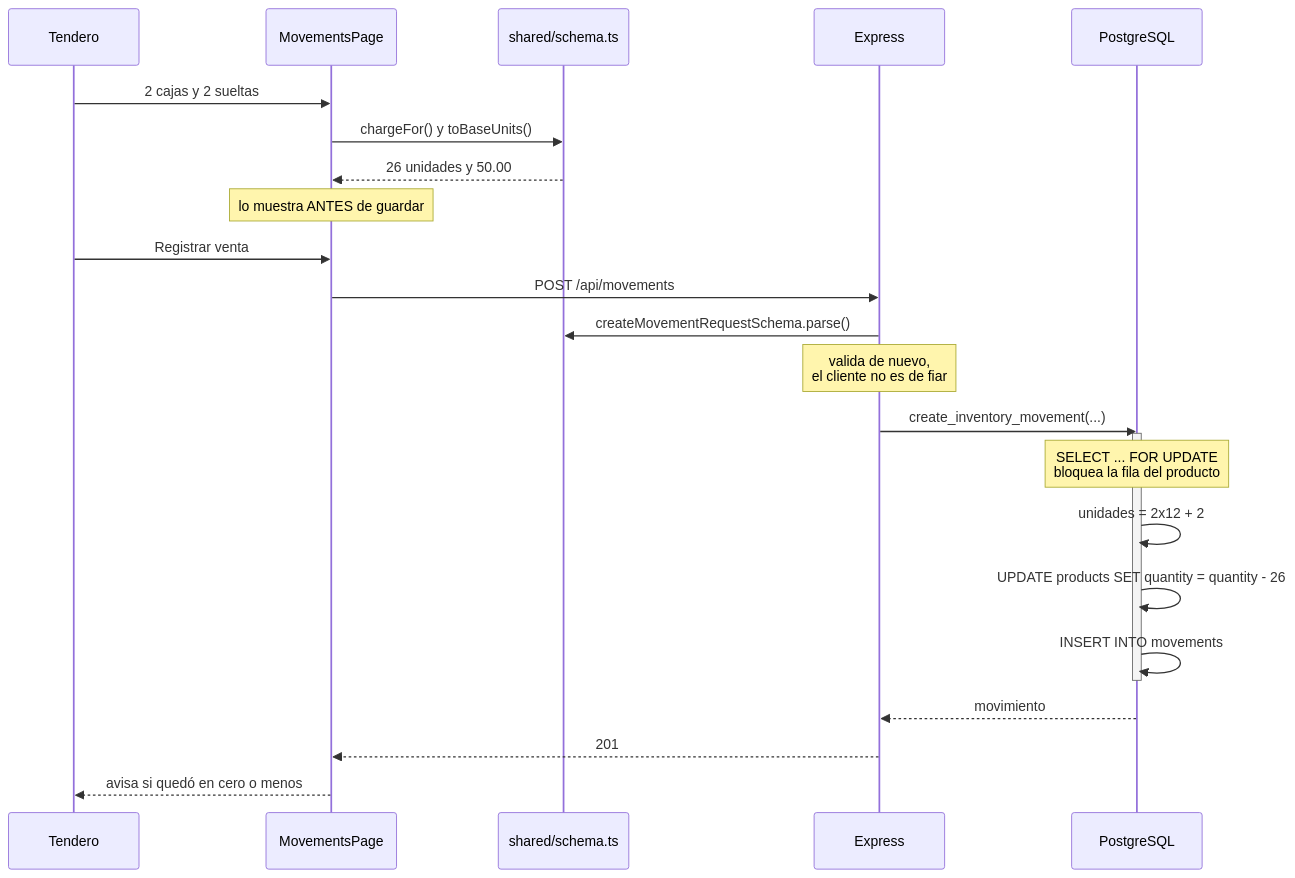
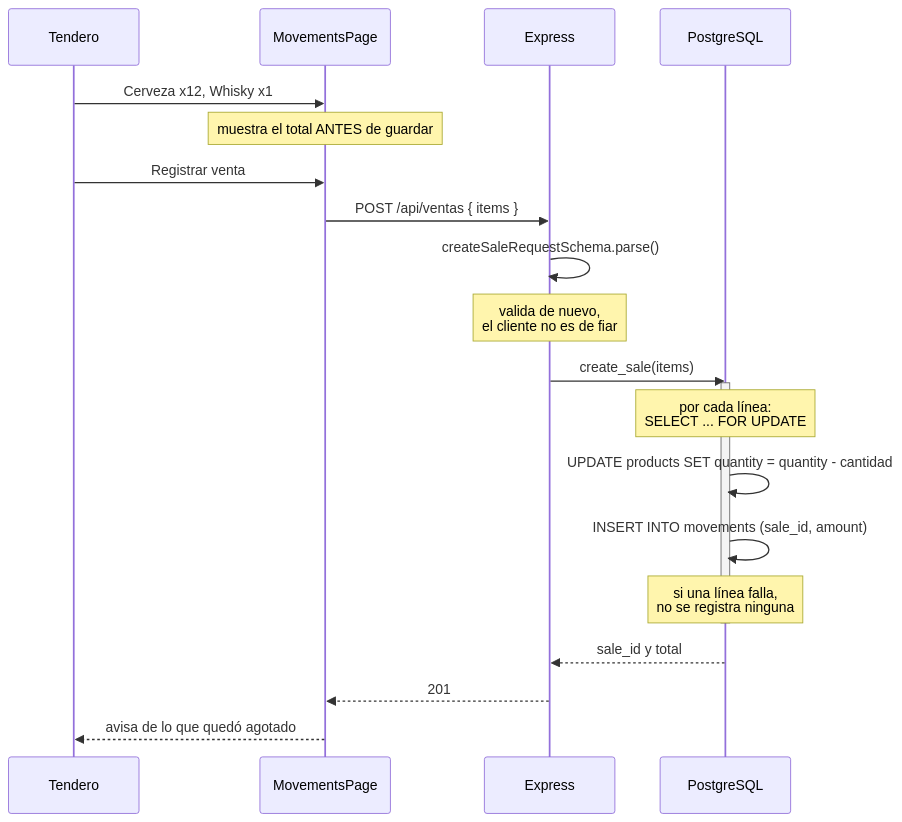
The fourth of 6 diagrams in README.md (Angel17jc/Inventario), drawn with Mermaid before and after one commit. The commit also changed other lines of this file and 2 other files, not shown here.

````diff
--- a/README.md
+++ b/README.md
@@ -324,27 +314,24 @@
 ```mermaid
 sequenceDiagram
     participant U as Tendero
     participant F as MovementsPage
-    participant S as shared/schema.ts
     participant A as Express
     participant D as PostgreSQL
 
-    U->>F: 2 cajas y 2 sueltas
-    F->>S: chargeFor() y toBaseUnits()
-    S-->>F: 26 unidades y 50.00
-    Note over F: lo muestra ANTES de guardar
+    U->>F: Cerveza x12, Whisky x1
+    Note over F: muestra el total ANTES de guardar
     U->>F: Registrar venta
-    F->>A: POST /api/movements
-    A->>S: createMovementRequestSchema.parse()
+    F->>A: POST /api/ventas { items }
+    A->>A: createSaleRequestSchema.parse()
     Note over A: valida de nuevo,<br/>el cliente no es de fiar
-    A->>D: create_inventory_movement(...)
+    A->>D: create_sale(items)
     activate D
-    Note over D: SELECT ... FOR UPDATE<br/>bloquea la fila del producto
-    D->>D: unidades = 2x12 + 2
-    D->>D: UPDATE products SET quantity = quantity - 26
-    D->>D: INSERT INTO movements
+    Note over D: por cada línea:<br/>SELECT ... FOR UPDATE
+    D->>D: UPDATE products SET quantity = quantity - cantidad
+    D->>D: INSERT INTO movements (sale_id, amount)
+    Note over D: si una línea falla,<br/>no se registra ninguna
     deactivate D
-    D-->>A: movimiento
+    D-->>A: sale_id y total
     A-->>F: 201
-    F-->>U: avisa si quedó en cero o menos
+    F-->>U: avisa de lo que quedó agotado
 ```
````
